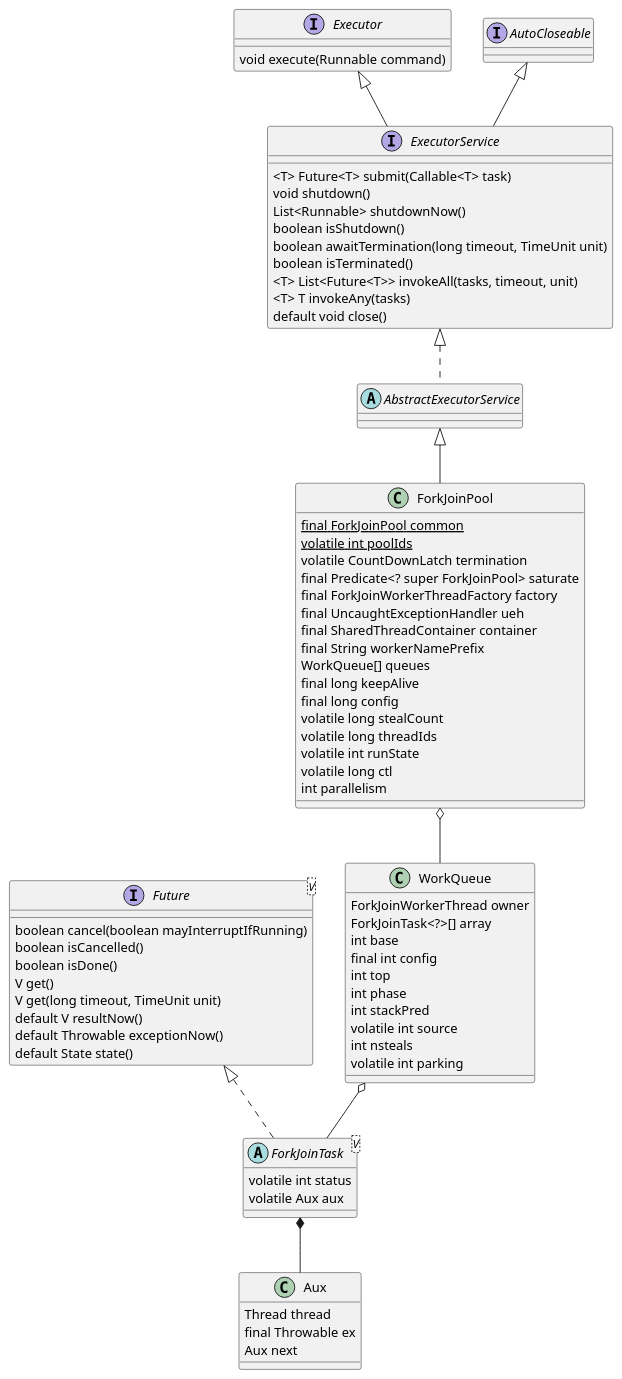
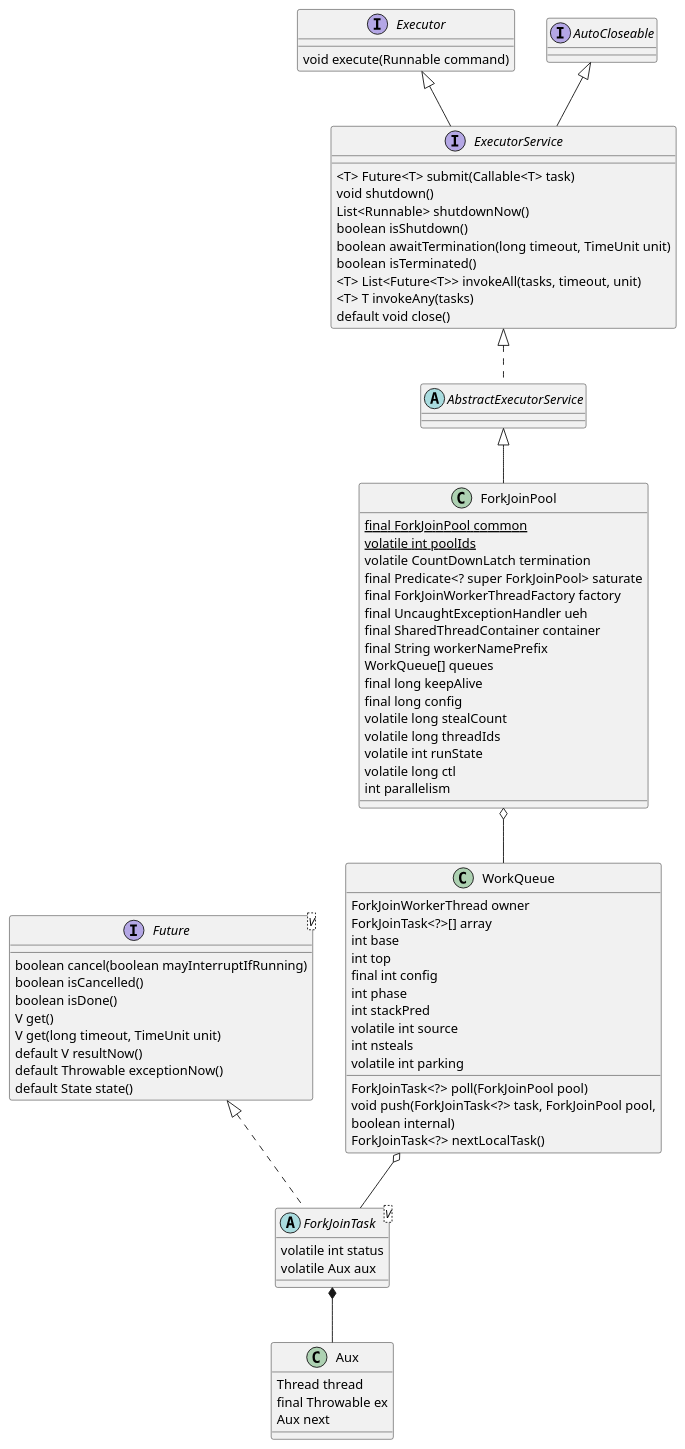
Before and after one commit to kevinwang930/kevinwang930.github.io: the diagram in content/post/java/concurrency/fork-join-framework.md, drawn with PlantUML. The commit also changed other lines of this file and 4 other files, not shown here.

````diff
--- a/content/post/java/concurrency/fork-join-framework.md
+++ b/content/post/java/concurrency/fork-join-framework.md
@@ -53,76 +59,79 @@
 ```plantuml
 
 interface Future<V> {
     boolean cancel(boolean mayInterruptIfRunning)
     boolean isCancelled()
     boolean isDone()
     V get() 
     V get(long timeout, TimeUnit unit)
     default V resultNow() 
     default Throwable exceptionNow()
     default State state()
 }
 
 abstract class ForkJoinTask<V> implements Future {
     volatile int status
     volatile Aux aux
 }
 
  class Aux {
     Thread thread
     final Throwable ex
     Aux next
  }
 interface Executor {
     void execute(Runnable command)
 }
 interface ExecutorService extends Executor, AutoCloseable {
     <T> Future<T> submit(Callable<T> task)
     void shutdown()
     List<Runnable> shutdownNow()
     boolean isShutdown()
     boolean awaitTermination(long timeout, TimeUnit unit)
     boolean isTerminated()
     <T> List<Future<T>> invokeAll(tasks, timeout, unit)
     <T> T invokeAny(tasks)
     default void close()
 }
 abstract class AbstractExecutorService implements ExecutorService
 class ForkJoinPool extends AbstractExecutorService {
     {static} final ForkJoinPool common
     {static} volatile int poolIds
     volatile CountDownLatch termination
     final Predicate<? super ForkJoinPool> saturate
     final ForkJoinWorkerThreadFactory factory
     final UncaughtExceptionHandler ueh
     final SharedThreadContainer container
     final String workerNamePrefix
     WorkQueue[] queues                
     final long keepAlive                
     final long config        
     volatile long stealCount       
     volatile long threadIds
     volatile int runState
     volatile long ctl
     int parallelism
  }
 
  class WorkQueue {
     ForkJoinWorkerThread owner
     ForkJoinTask<?>[] array
     int base
+    int top 
     final int config
-    int top 
     int phase
     int stackPred
     volatile int source
     int nsteals
     volatile int parking
+
+    ForkJoinTask<?> poll(ForkJoinPool pool)
+    void push(ForkJoinTask<?> task, ForkJoinPool pool,
+                        boolean internal)
+    ForkJoinTask<?> nextLocalTask()
  }
 
  ForkJoinPool o-- WorkQueue
  WorkQueue o-- ForkJoinTask
 ForkJoinTask *-- Aux
-
-
 ```
````
